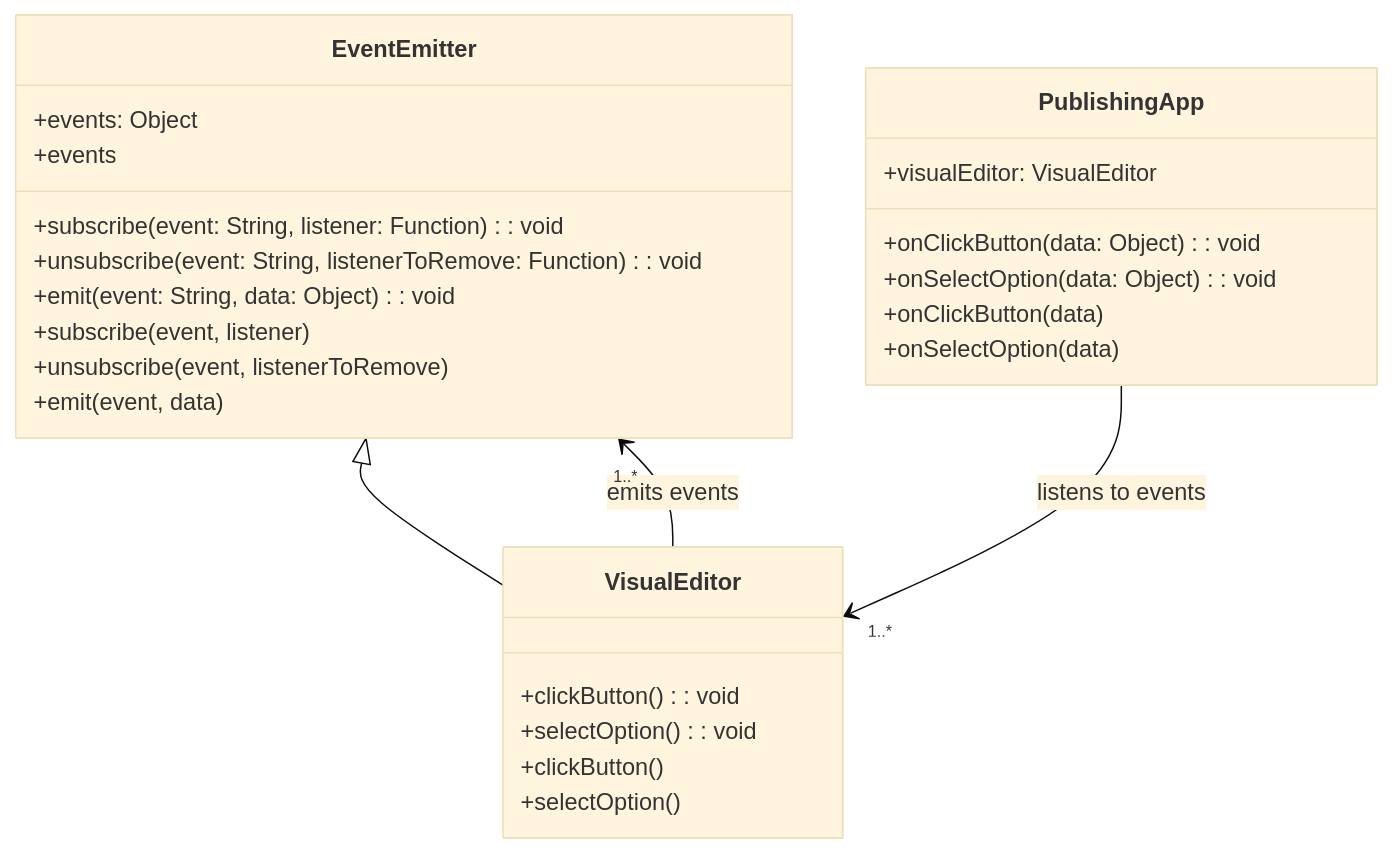
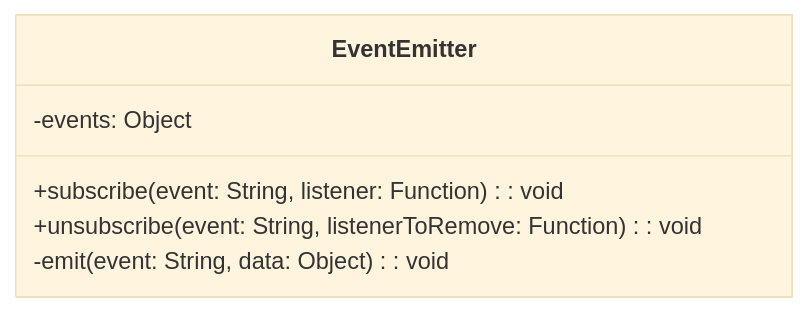
The diagram in docs/0002-events-architecture.md (alphagov/govspeak-visual-editor), drawn with Mermaid (base theme) before and after one commit. The commit also changed other lines of this file, not shown here.

````diff
--- a/docs/0002-events-architecture.md
+++ b/docs/0002-events-architecture.md
@@ -60,36 +60,9 @@
 ```mermaid
 classDiagram
     class EventEmitter {
-        +events: Object
+        -events: Object
         +subscribe(event: String, listener: Function): void
         +unsubscribe(event: String, listenerToRemove: Function): void
-        +emit(event: String, data: Object): void
+        -emit(event: String, data: Object): void
     }
-
-    class VisualEditor {
-        +clickButton(): void
-        +selectOption(): void
-    }
-    
-    EventEmitter <|-- VisualEditor
-    
-    class PublishingApp {
-        +visualEditor: VisualEditor
-        +onClickButton(data: Object): void
-        +onSelectOption(data: Object): void
-    }
-    
-    VisualEditor --> "1..*" EventEmitter : emits events
-    PublishingApp --> "1..*" VisualEditor : listens to events
-    
-    EventEmitter : +events
-    EventEmitter : +subscribe(event, listener)
-    EventEmitter : +unsubscribe(event, listenerToRemove)
-    EventEmitter : +emit(event, data)
-    
-    VisualEditor : +clickButton()
-    VisualEditor : +selectOption()
-    
-    PublishingApp : +onClickButton(data)
-    PublishingApp : +onSelectOption(data)
 ```
````
